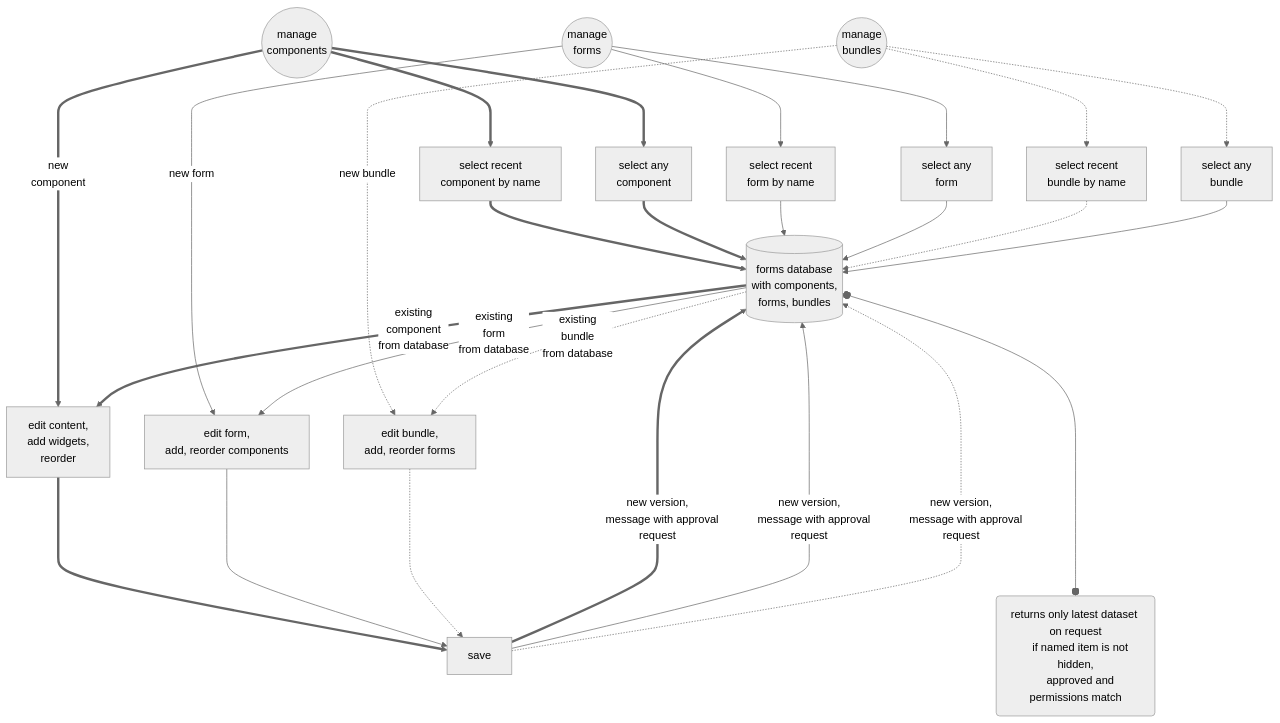
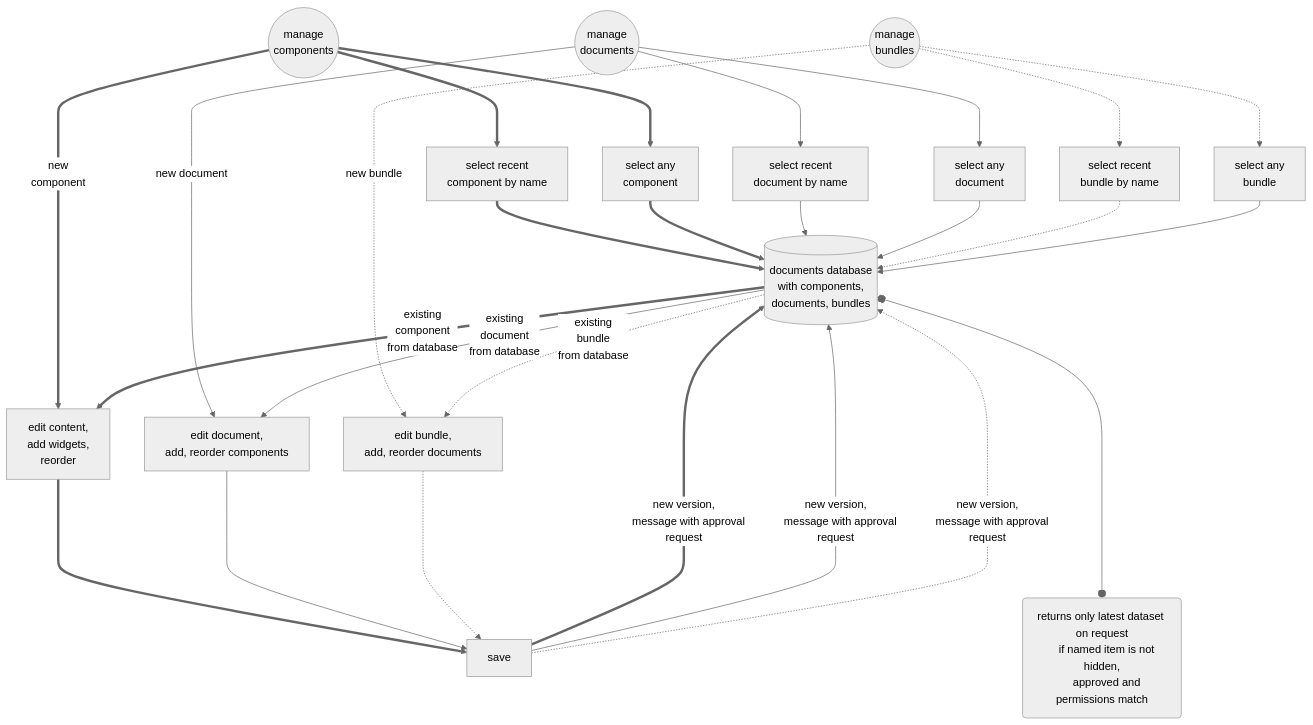
Before and after one commit to erroronline1/caro: the third of 9 diagrams in readme.md, drawn with Mermaid (neutral theme). The commit also changed other lines of this file and 29 other files, not shown here.

Commit message:
changes form to document for a consistent regulatory language, hope i didn't mess up too much

````diff
--- a/readme.md
+++ b/readme.md
@@ -465,58 +465,58 @@
 ```mermaid
 graph TD;
     manage_components(("manage
     components"))===>select["select recent
     component by name"];
-    select==>forms_database[("forms database
+    select==>documents_database[("documents database
     with components,
-    forms, bundles")];
+    documents, bundles")];
     manage_components==>select2["select any
     component"];
-    select2==>forms_database;
+    select2==>documents_database;
     manage_components==>|"new
     component"|edit_component["edit content,
     add widgets,
     reorder"];
-    forms_database==>|"existing
+    documents_database==>|"existing
     component
     from database"|edit_component;
     edit_component==>save[save];
     save===>|"new version,
-    message with approval request"|forms_database;
+    message with approval request"|documents_database;
 
-    manage_forms(("manage
-    forms"))--->select3["select recent
-    form by name"];
-    select3-->forms_database;
-    manage_forms-->select4["select any
-    form"];
-    select4-->forms_database;
-    manage_forms-->|new form|edit_form["edit form,
+    manage_documents(("manage
+    documents"))--->select3["select recent
+    document by name"];
+    select3-->documents_database;
+    manage_documents-->select4["select any
+    document"];
+    select4-->documents_database;
+    manage_documents-->|new document|edit_document["edit document,
     add, reorder components"];
-    forms_database-->|"existing
-    form
-    from database"|edit_form;
-    edit_form-->save;
+    documents_database-->|"existing
+    document
+    from database"|edit_document;
+    edit_document-->save;
     save--->|"new version,
-    message with approval request"|forms_database;
+    message with approval request"|documents_database;
     
     manage_bundles(("manage
     bundles"))-..->select5["select recent
     bundle by name"];
-    select5-.->forms_database;
+    select5-.->documents_database;
     manage_bundles-.->select6["select any
     bundle"];
-    select6-->forms_database;
+    select6-->documents_database;
     manage_bundles-.->|new bundle|edit_bundle["edit bundle,
-    add, reorder forms"];
-    forms_database-.->|"existing
+    add, reorder documents"];
+    documents_database-.->|"existing
     bundle
     from database"|edit_bundle;
     edit_bundle-..->save;
     save-..->|"new version,
-    message with approval request"|forms_database;
+    message with approval request"|documents_database;
 
-    forms_database o----oreturns("returns only latest dataset on request
+    documents_database o----oreturns("returns only latest dataset on request
     if named item is not hidden,
     approved and permissions match")
 ```
````
